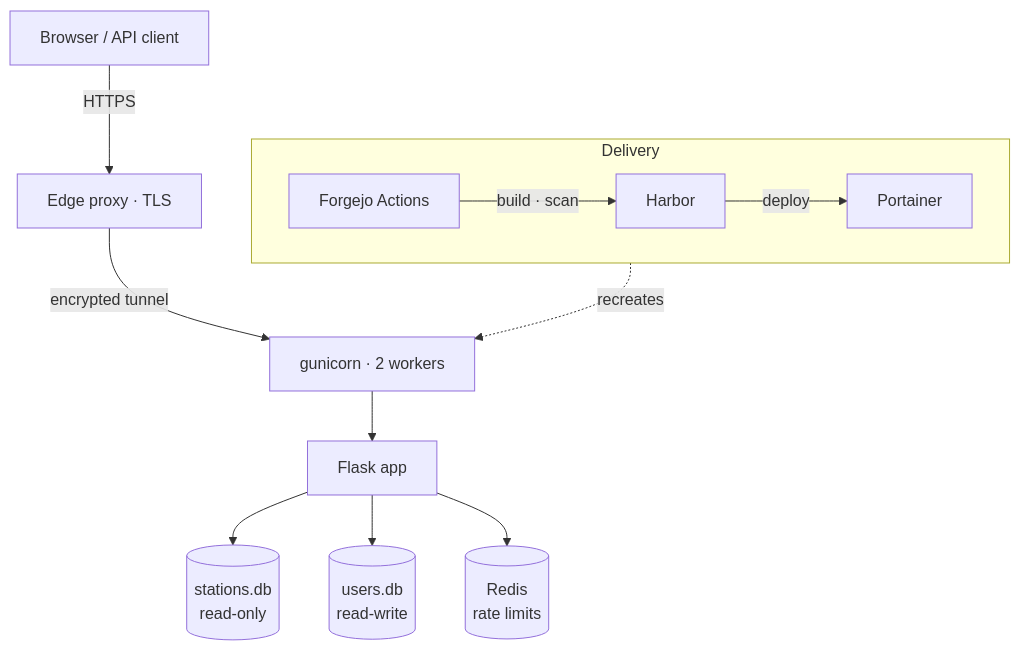
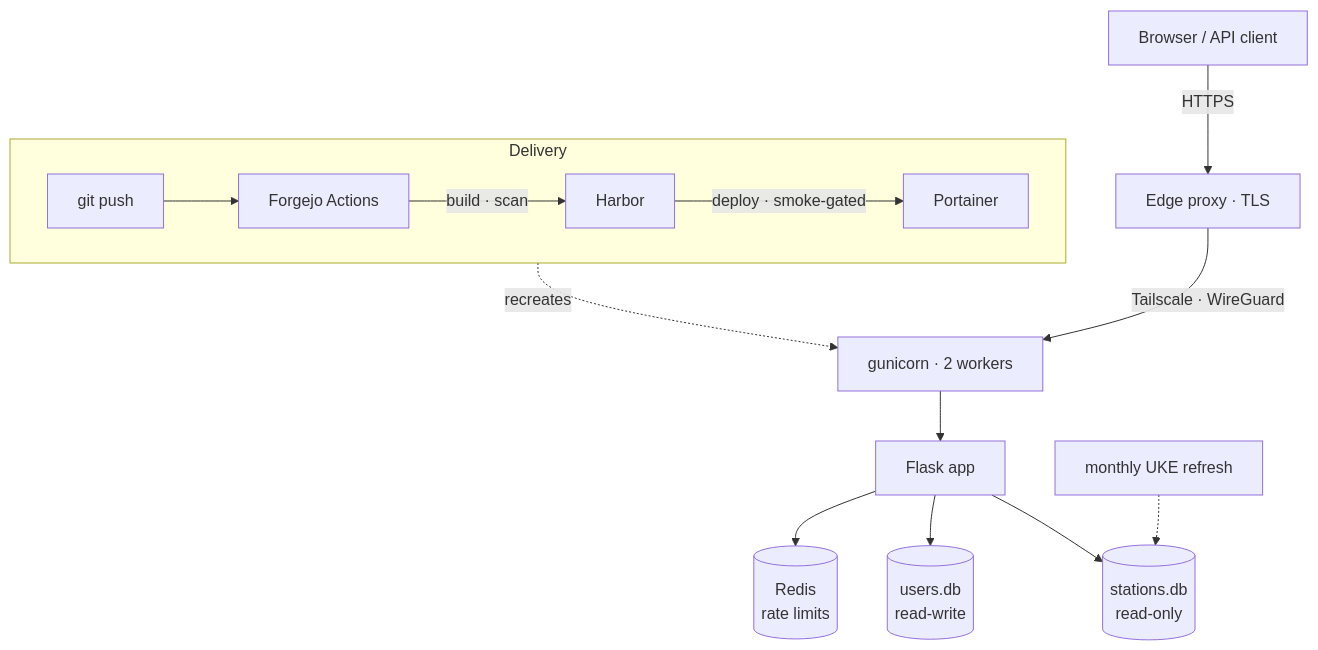
Before and after one commit to hch155/signal-scout: the diagram in README.md, drawn with Mermaid.

Commit message:
docs(readme): architecture diagram v2 — name the story's edges
Label the tunnel Tailscale/WireGuard (already public in the prose), add
the git-push origin so Delivery has a trigger, dotted monthly-UKE-refresh
into stations.db (the data-freshness differentiator), and mark the deploy
edge smoke-gated.

Claude-Session: https://claude.ai/code/session_018uAoAmMMshXRTQkFECiAtx

````diff
--- a/README.md
+++ b/README.md
@@ -40,14 +40,17 @@
 ```mermaid
 flowchart TB
     U["Browser / API client"] -->|HTTPS| E["Edge proxy · TLS"]
-    E -->|"encrypted tunnel"| G["gunicorn · 2 workers"]
+    E -->|"Tailscale · WireGuard"| G["gunicorn · 2 workers"]
     G --> F["Flask app"]
     F --> S[("stations.db<br/>read-only")]
     F --> D[("users.db<br/>read-write")]
     F --> R[("Redis<br/>rate limits")]
+    M["monthly UKE refresh"] -.-> S
     subgraph Delivery
       direction LR
-      C["Forgejo Actions"] -->|"build · scan"| H["Harbor"] -->|deploy| P["Portainer"]
+      Dev["git push"] --> C["Forgejo Actions"]
+      C -->|"build · scan"| H["Harbor"]
+      H -->|"deploy · smoke-gated"| P["Portainer"]
     end
     P -.->|recreates| G
 ```
````
